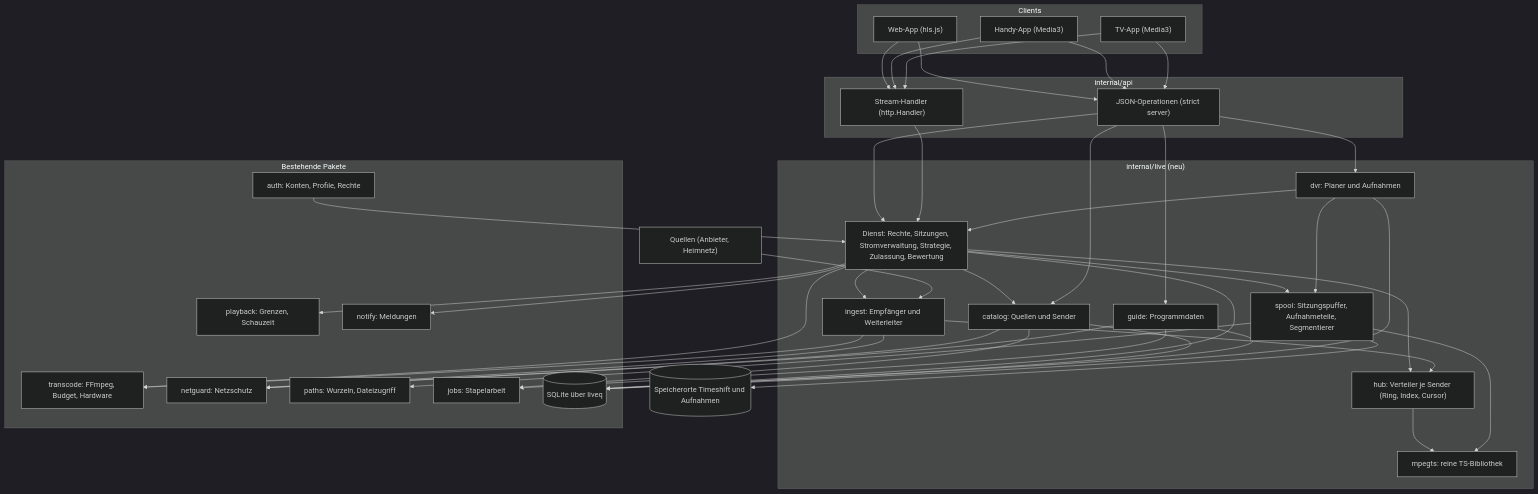
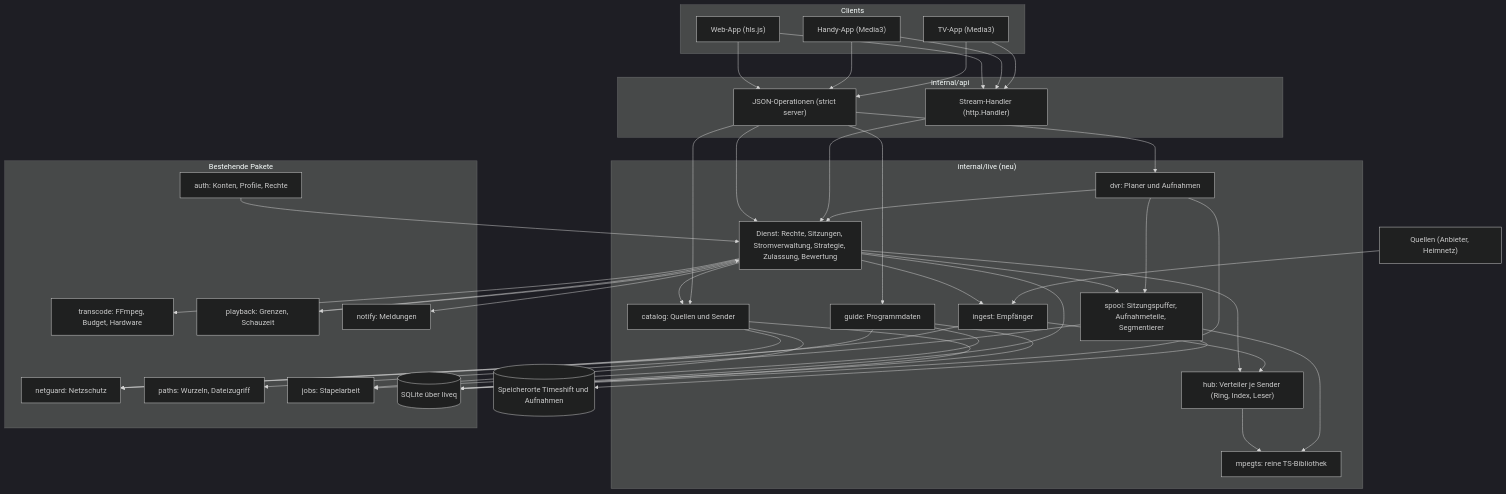
Before and after one commit to SlouchCat/slouchcat: the first of 3 diagrams in docs/planning/28-live-tv/04-architektur.md, drawn with Mermaid (dark theme). The commit also changed other lines of this file and 1 other file, not shown here.

First line of the commit message:
docs(planning): concept 28 live TV, architecture and streaming, version 2

````diff
--- a/docs/planning/28-live-tv/04-architektur.md
+++ b/docs/planning/28-live-tv/04-architektur.md
@@ -128,76 +168,76 @@
 ```mermaid
 flowchart TB
   subgraph CL["Clients"]
     WEB["Web-App (hls.js)"]
     APP["Handy-App (Media3)"]
     TVA["TV-App (Media3)"]
   end
 
   subgraph API["internal/api"]
     JH["JSON-Operationen (strict server)"]
     SH["Stream-Handler (http.Handler)"]
   end
 
   subgraph LIVE["internal/live (neu)"]
     SVC["Dienst: Rechte, Sitzungen, Stromverwaltung, Strategie, Zulassung, Bewertung"]
     CAT["catalog: Quellen und Sender"]
     GUIDE["guide: Programmdaten"]
     DVR["dvr: Planer und Aufnahmen"]
-    ING["ingest: Empfänger und Weiterleiter"]
-    HUB["hub: Verteiler je Sender (Ring, Index, Cursor)"]
+    ING["ingest: Empfänger"]
+    HUB["hub: Verteiler je Sender (Ring, Index, Leser)"]
     SPOOL["spool: Sitzungspuffer, Aufnahmeteile, Segmentierer"]
     MTS["mpegts: reine TS-Bibliothek"]
   end
 
   subgraph BEST["Bestehende Pakete"]
     TC["transcode: FFmpeg, Budget, Hardware"]
     PB["playback: Grenzen, Schauzeit"]
     NG["netguard: Netzschutz"]
     PA["paths: Wurzeln, Dateizugriff"]
     JOBS["jobs: Stapelarbeit"]
     NOTIFY["notify: Meldungen"]
     AUTH["auth: Konten, Profile, Rechte"]
     DB[("SQLite über liveq")]
   end
 
   SRC["Quellen (Anbieter, Heimnetz)"]
   DISK[("Speicherorte Timeshift und Aufnahmen")]
 
   WEB --> JH
   APP --> JH
   TVA --> JH
   WEB --> SH
   APP --> SH
   TVA --> SH
   JH --> SVC
   SH --> SVC
   SVC --> CAT
   SVC --> ING
   SVC --> HUB
   SVC --> SPOOL
   SVC --> TC
   SVC --> PB
+  PB --> SVC
   SVC --> NOTIFY
   DVR --> SVC
   DVR --> SPOOL
   JH --> DVR
   JH --> GUIDE
   JH --> CAT
   ING --> NG
   ING --> HUB
-  ING --> TC
   HUB --> MTS
   SPOOL --> MTS
   SPOOL --> PA
   SPOOL --> DISK
   CAT --> NG
   GUIDE --> NG
   CAT --> JOBS
   GUIDE --> JOBS
   AUTH --> SVC
   SVC --> DB
   CAT --> DB
   GUIDE --> DB
   DVR --> DB
   SRC --> ING
 ```
````
